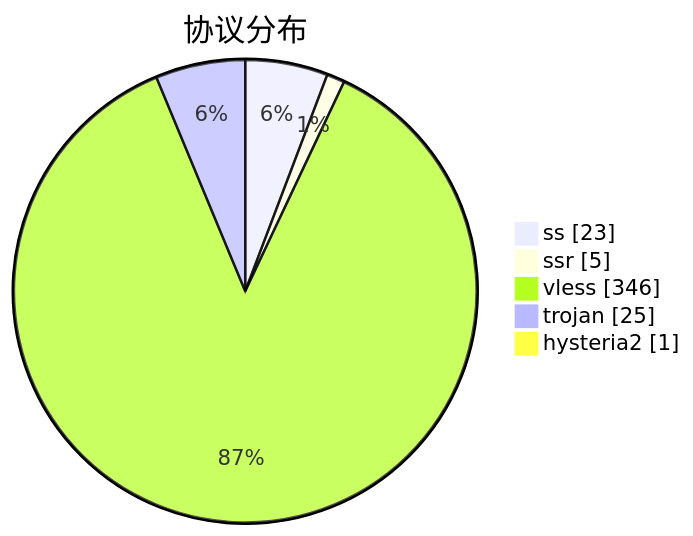
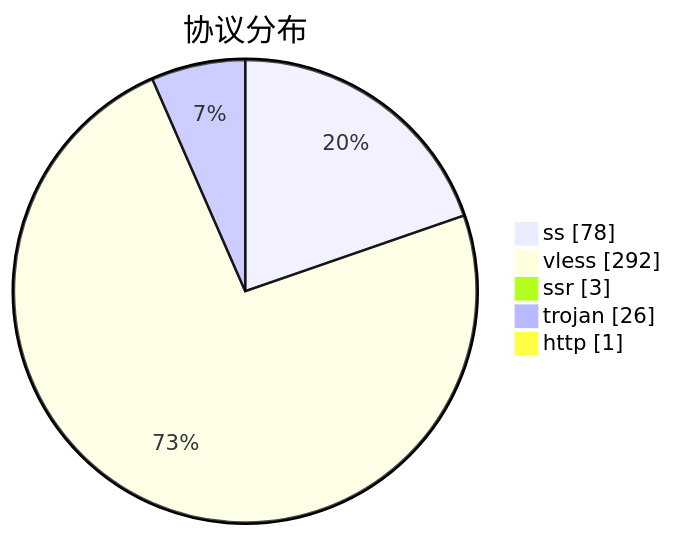
Before and after one commit to qjlxg/airport: the third of 3 diagrams in subs/statistics/tested_within.md, drawn with Mermaid. The commit also changed other lines of this file and 2 other files, not shown here.

````diff
--- a/subs/statistics/tested_within.md
+++ b/subs/statistics/tested_within.md
@@ -29,9 +31,9 @@
 ```mermaid
 pie showData
 title 协议分布
-"ss" : 23
-"ssr" : 5
-"vless" : 346
-"trojan" : 25
-"hysteria2" : 1
+"ss" : 78
+"vless" : 292
+"ssr" : 3
+"trojan" : 26
+"http" : 1
 ```
````
